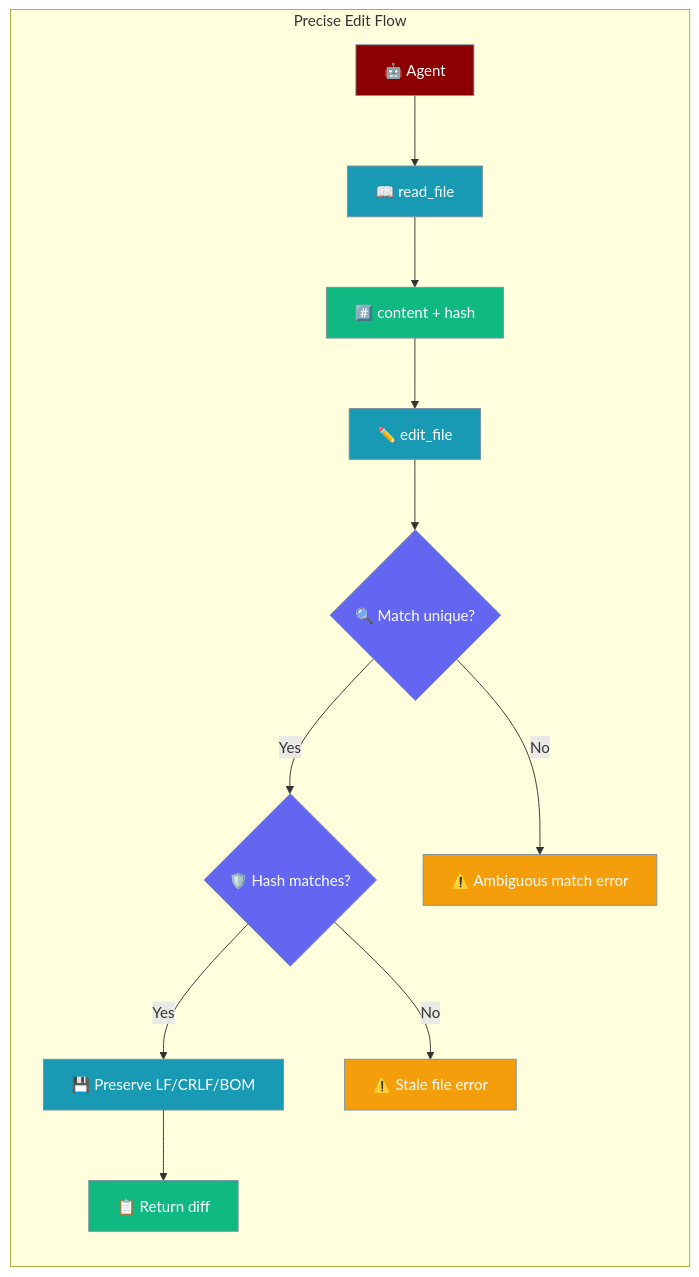
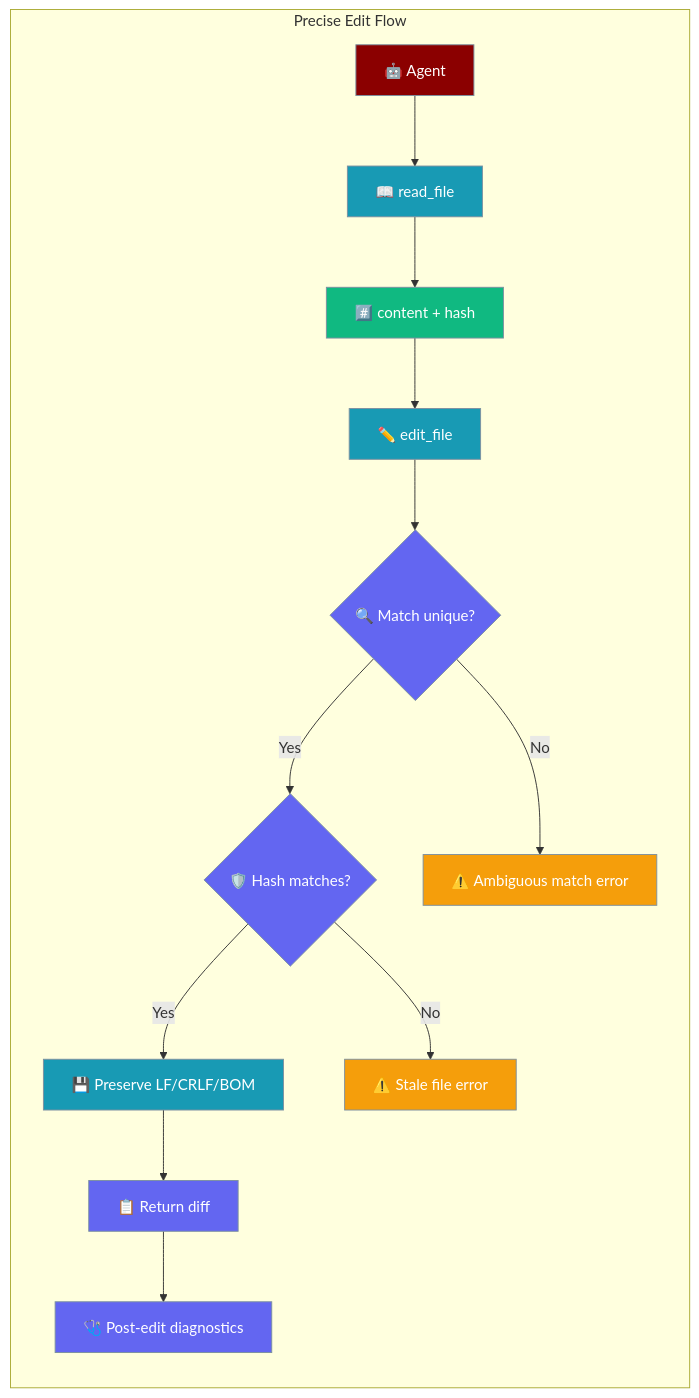
One commit to MervinPraison/PraisonAIDocs changed the first of 7 diagrams in docs/features/file-editing.mdx. Above: the diagram before and after it, drawn with Mermaid. The commit also changed other lines of this file, not shown here.

First line of the commit message:
docs: document post_edit_diagnostics for edit_file / apply_patch (fixes #843)

````diff
--- a/docs/features/file-editing.mdx
+++ b/docs/features/file-editing.mdx
@@ -10,26 +10,30 @@
 ```mermaid
 graph LR
     subgraph "Precise Edit Flow"
         A[🤖 Agent] --> R[📖 read_file]
         R --> H[#️⃣ content + hash]
         H --> E[✏️ edit_file]
         E --> C{🔍 Match unique?}
         C -->|Yes| HC{🛡️ Hash matches?}
         C -->|No| AMB[⚠️ Ambiguous match error]
         HC -->|Yes| W[💾 Preserve LF/CRLF/BOM]
         HC -->|No| STALE[⚠️ Stale file error]
         W --> D[📋 Return diff]
+        D --> DIAG[🩺 Post-edit diagnostics]
     end
 
     classDef agent fill:#8B0000,stroke:#7C90A0,color:#fff
     classDef step fill:#189AB4,stroke:#7C90A0,color:#fff
     classDef check fill:#6366F1,stroke:#7C90A0,color:#fff
     classDef warn fill:#F59E0B,stroke:#7C90A0,color:#fff
     classDef ok fill:#10B981,stroke:#7C90A0,color:#fff
 
     class A agent
     class R,E,W step
     class C,HC check
     class AMB,STALE warn
-    class H,D ok
+    class H ok
+    class D,DIAG diag
+
+    classDef diag fill:#6366F1,stroke:#7C90A0,color:#fff
 ```
````
